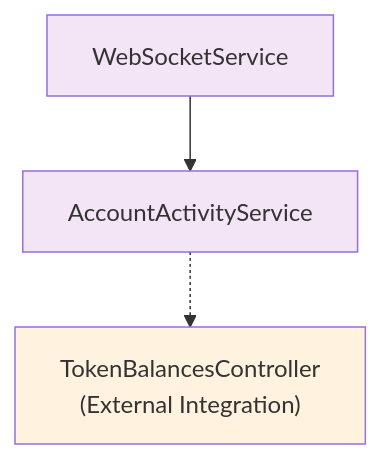
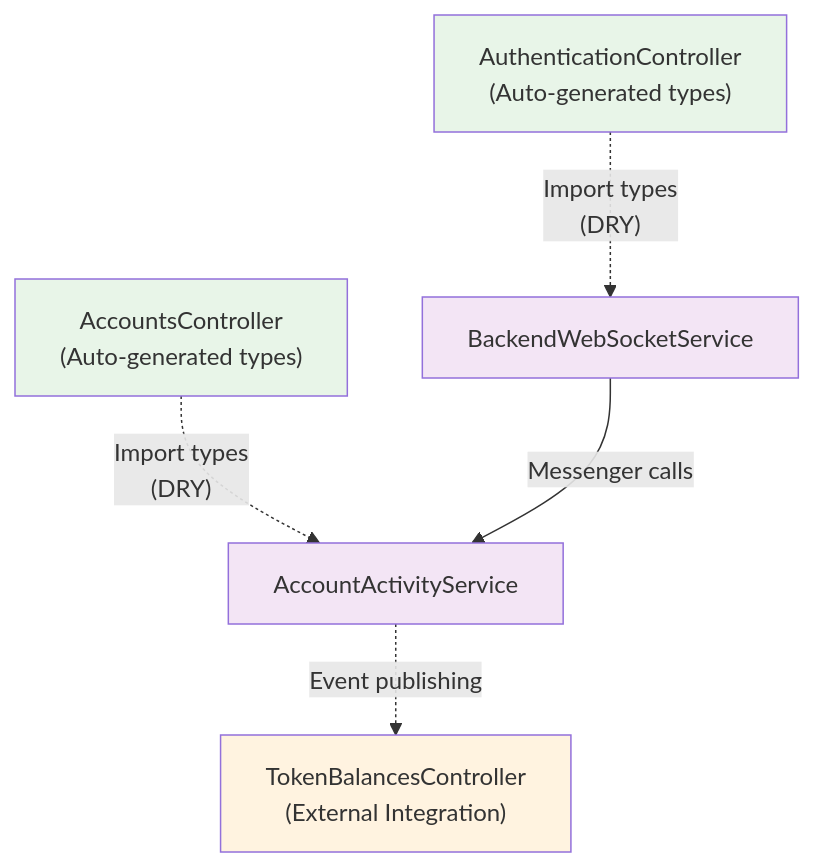
One commit to MetaMask/core changed the first of 2 diagrams in packages/core-backend/README.md. Above: the diagram before and after it, drawn with Mermaid. The commit also changed other lines of this file, not shown here.

````diff
--- a/packages/core-backend/README.md
+++ b/packages/core-backend/README.md
@@ -215,18 +221,26 @@
 ```mermaid
 graph TD
+    %% External Controllers
+    AC["AccountsController<br/>(Auto-generated types)"]
+    AuthC["AuthenticationController<br/>(Auto-generated types)"]
+    TBC["TokenBalancesController<br/>(External Integration)"]
+    
     %% Core Services
-    TBC["TokenBalancesController<br/>(External Integration)"]
     AA["AccountActivityService"]
-    WS["WebSocketService"]
+    WS["BackendWebSocketService"]
 
-    %% Service dependencies
-    WS --> AA
-    AA -.-> TBC
+    %% Dependencies & Type Imports
+    AC -.->|"Import types<br/>(DRY)" | AA
+    AuthC -.->|"Import types<br/>(DRY)" | WS  
+    WS -->|"Messenger calls"| AA
+    AA -.->|"Event publishing"| TBC
 
     %% Styling
     classDef core fill:#f3e5f5
     classDef integration fill:#fff3e0
+    classDef controller fill:#e8f5e8
 
     class WS,AA core
     class TBC integration
+    class AC,AuthC controller
 ```
````
